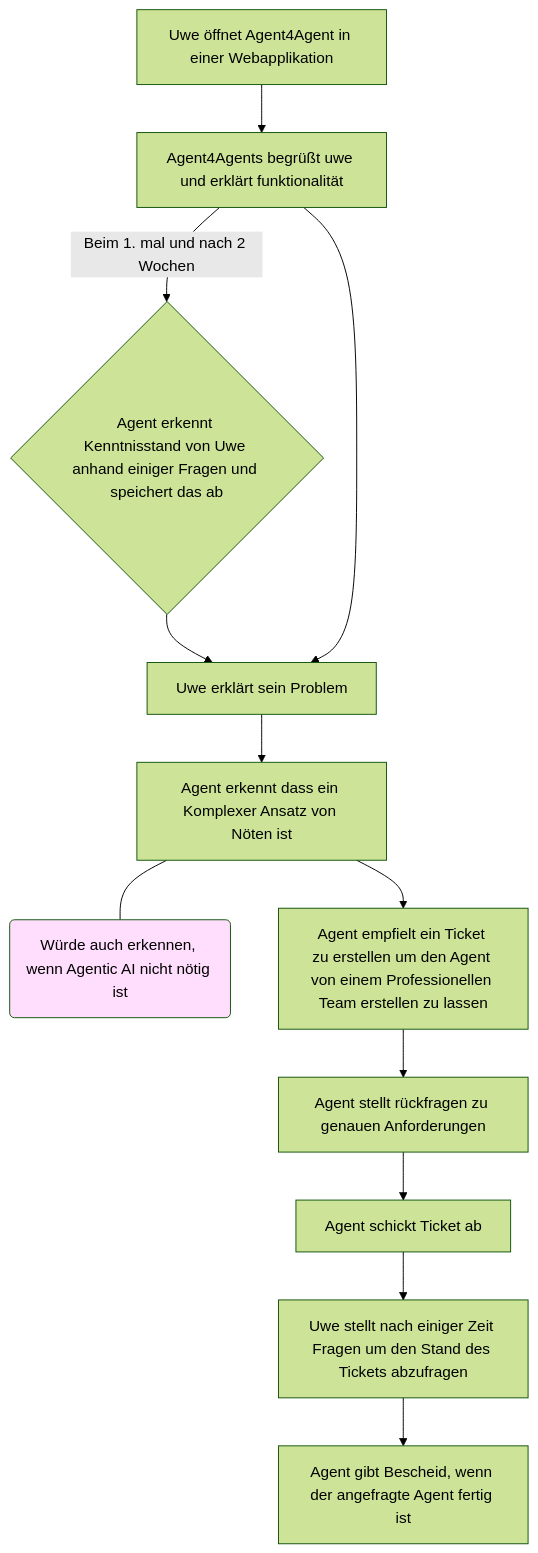
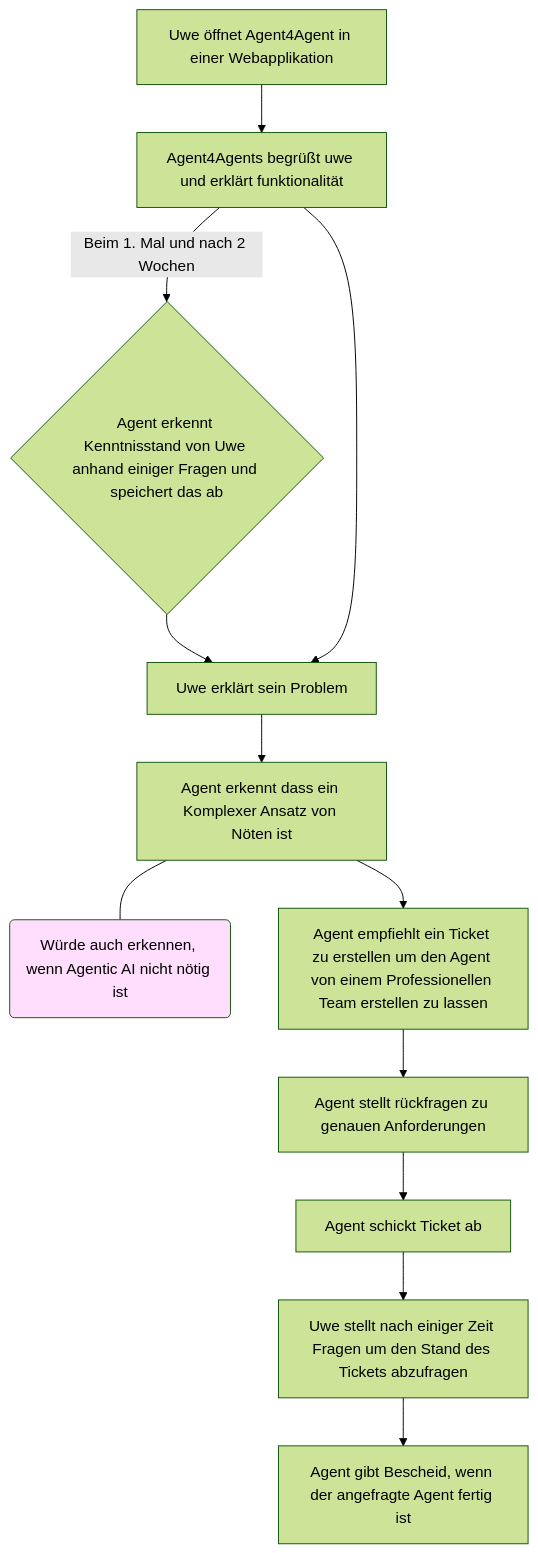
One commit to agentic-ai-ws2526-group-c/agent4agents-documentation changed the second of 4 diagrams in Ideation/User Personas and UseCases.md. Above: the diagram before and after it, drawn with Mermaid (forest theme). The commit also changed other lines of this file, not shown here.

````diff
--- a/Ideation/User Personas and UseCases.md
+++ b/Ideation/User Personas and UseCases.md
@@ -44,15 +44,15 @@
 ```mermaid
 graph TD
     A[Uwe öffnet Agent4Agent in einer Webapplikation] --> B[Agent4Agents begrüßt uwe und erklärt funktionalität];
-    B -- ""Beim 1. mal und nach 2 Wochen"" --> C{Agent erkennt Kenntnisstand von Uwe anhand einiger Fragen und speichert das ab};
+    B -- ""Beim 1. Mal und nach 2 Wochen"" --> C{Agent erkennt Kenntnisstand von Uwe anhand einiger Fragen und speichert das ab};
     C --> D[Uwe erklärt sein Problem];
     B --> D;
     D --> E[Agent erkennt dass ein Komplexer Ansatz von Nöten ist];
     E --- F(Würde auch erkennen, wenn Agentic AI nicht nötig ist);
-    E --> G[Agent empfielt ein Ticket zu erstellen um den Agent von einem Professionellen Team erstellen zu lassen];
+    E --> G[Agent empfiehlt ein Ticket zu erstellen um den Agent von einem Professionellen Team erstellen zu lassen];
     G --> H[Agent stellt rückfragen zu genauen Anforderungen];
     H --> I[Agent schickt Ticket ab];
     I --> J[Uwe stellt nach einiger Zeit Fragen um den Stand des Tickets abzufragen];
     J --> K[Agent gibt Bescheid, wenn der angefragte Agent fertig ist];
     style F fill:#FFDDFD
 ```
````
